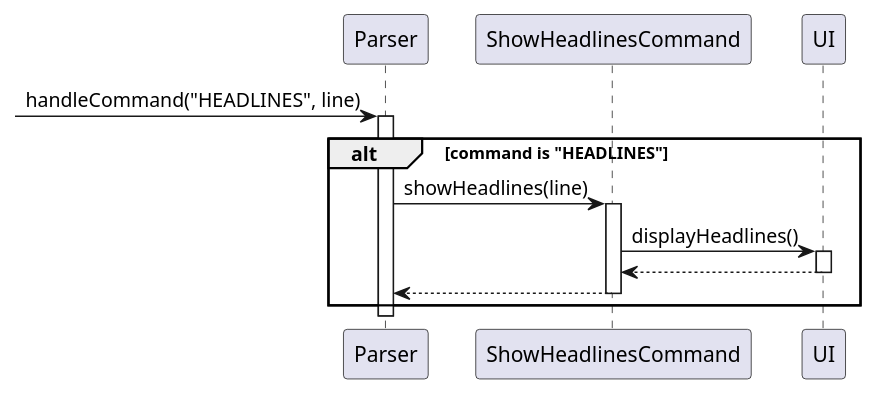
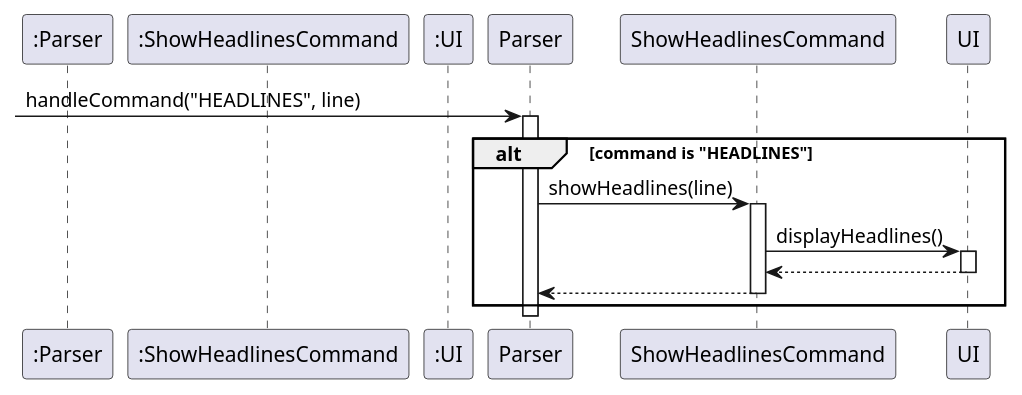
One commit to AhmedShaiyan/tp changed the diagram in docs/UML_Diagrams/ShowHeadlinesSequence.puml. Above: the diagram before and after it, drawn with PlantUML. The commit also changed 24 other files, not shown here.

```diff
--- a/docs/UML_Diagrams/ShowHeadlinesSequence.puml
+++ b/docs/UML_Diagrams/ShowHeadlinesSequence.puml
@@ -1,23 +1,23 @@
 @startuml
-participant "Parser"
-participant "ShowHeadlinesCommand"
-participant "UI"
+participant ":Parser"
+participant ":ShowHeadlinesCommand"
+participant ":UI"
 
 [-> Parser : handleCommand("HEADLINES", line)
 activate Parser
 
 alt command is "HEADLINES"
     Parser -> ShowHeadlinesCommand : showHeadlines(line)
     activate ShowHeadlinesCommand
 
     ShowHeadlinesCommand -> UI : displayHeadlines()
     activate UI
     UI --> ShowHeadlinesCommand
     deactivate UI
 
     ShowHeadlinesCommand --> Parser
     deactivate ShowHeadlinesCommand
 end
 
 deactivate Parser
 @enduml
```
